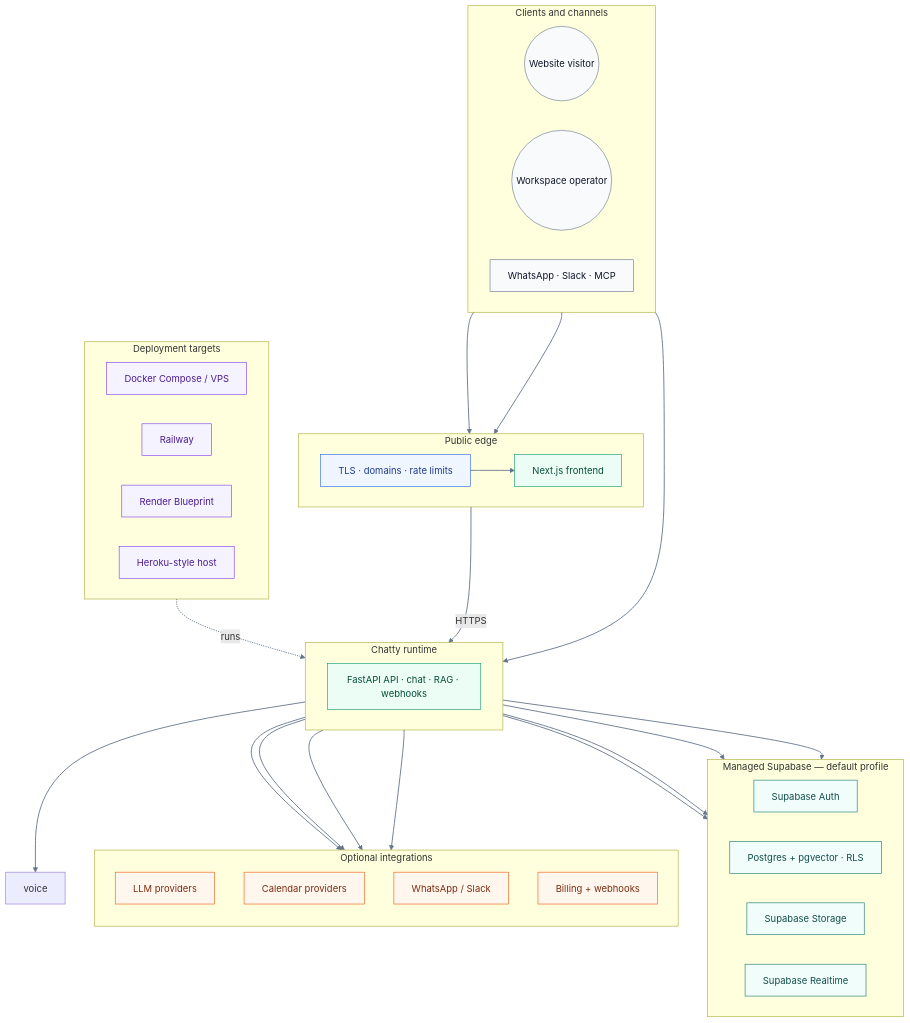
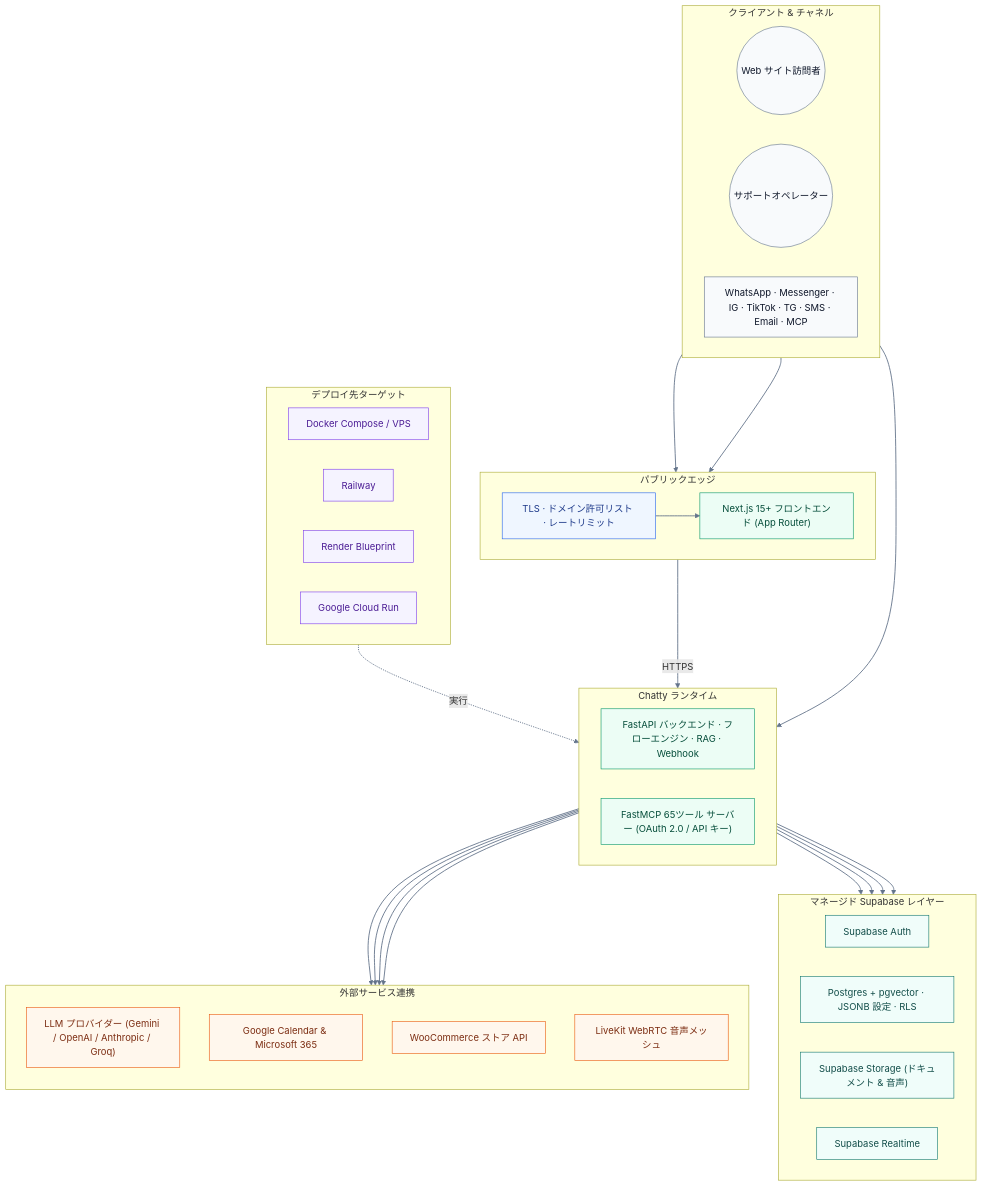
The second of 2 diagrams in README.ja.md (PersonaliAI/chatty), drawn with Mermaid before and after one commit. The commit also changed other lines of this file and 3 other files, not shown here.

Commit message:
docs: fully revise readmes in en, es, ja, zh-cn with 7-channel hub, flow builder, woocommerce, and new diagrams

````diff
--- a/README.ja.md
+++ b/README.ja.md
@@ -115,63 +351,63 @@
 ```mermaid
 flowchart TB
     classDef actor fill:#f8fafc,stroke:#64748b,color:#0f172a
     classDef edge fill:#eff6ff,stroke:#2563eb,color:#1e3a8a
     classDef app fill:#ecfdf5,stroke:#059669,color:#064e3b
     classDef data fill:#f0fdfa,stroke:#0f766e,color:#134e4a
     classDef integration fill:#fff7ed,stroke:#ea580c,color:#7c2d12
     classDef deploy fill:#f5f3ff,stroke:#7c3aed,color:#4c1d95
 
-    subgraph clients["Clients and channels"]
+    subgraph clients["クライアント & チャネル"]
         direction LR
-        visitor(("Website visitor")):::actor
-        operator(("Workspace operator")):::actor
-        channels["WhatsApp · Slack · MCP"]:::actor
+        visitor(("Web サイト訪問者")):::actor
+        operator(("サポートオペレーター")):::actor
+        omni["WhatsApp · Messenger · IG · TikTok · TG · SMS · Email · MCP"]:::actor
     end
-    subgraph edge["Public edge"]
+    subgraph edge["パブリックエッジ"]
         direction LR
-        tls["TLS · domains · rate limits"]:::edge
-        web["Next.js frontend"]:::app
+        tls["TLS · ドメイン許可リスト · レートリミット"]:::edge
+        web["Next.js 15+ フロントエンド (App Router)"]:::app
     end
-    subgraph runtime["Chatty runtime"]
+    subgraph runtime["Chatty ランタイム"]
         direction LR
-        api["FastAPI API · chat · RAG · webhooks"]:::app
+        api["FastAPI バックエンド · フローエンジン · RAG · Webhook"]:::app
+        mcp["FastMCP 65ツール サーバー (OAuth 2.0 / API キー)"]:::app
     end
-    subgraph managed["Managed Supabase — default profile"]
+    subgraph managed["マネージド Supabase レイヤー"]
         direction LR
         auth["Supabase Auth"]:::data
-        postgres["Postgres + pgvector · RLS"]:::data
-        storage["Supabase Storage"]:::data
+        postgres["Postgres + pgvector · JSONB 設定 · RLS"]:::data
+        storage["Supabase Storage (ドキュメント & 音声)"]:::data
         realtime["Supabase Realtime"]:::data
     end
-    subgraph integrations["Optional integrations"]
+    subgraph integrations["外部サービス連携"]
         direction TB
-        llm["LLM providers"]:::integration
-        calendar["Calendar providers"]:::integration
-        channelsApi["WhatsApp / Slack"]:::integration
-        billing["Billing + webhooks"]:::integration
+        llm["LLM プロバイダー (Gemini / OpenAI / Anthropic / Groq)"]:::integration
+        calendar["Google Calendar & Microsoft 365"]:::integration
+        wooCommerce["WooCommerce ストア API"]:::integration
+        voiceLiveKit["LiveKit WebRTC 音声メッシュ"]:::integration
     end
-    subgraph targets["Deployment targets"]
+    subgraph targets["デプロイ先ターゲット"]
         direction LR
         docker["Docker Compose / VPS"]:::deploy
         railway["Railway"]:::deploy
         render["Render Blueprint"]:::deploy
-        heroku["Heroku-style host"]:::deploy
+        cloudrun["Google Cloud Run"]:::deploy
     end
 
     visitor --> tls
     operator --> web
-    channels --> api
+    omni --> api
     tls --> web
     web -->|HTTPS| api
-    api --> voice
     api --> auth
     api --> postgres
     api --> storage
     api --> realtime
     api --> llm
     api --> calendar
-    api --> channelsApi
-    api --> billing
-    targets -. runs .-> runtime
+    api --> wooCommerce
+    api --> voiceLiveKit
+    targets -. 実行 .-> runtime
     linkStyle default stroke:#64748b,stroke-width:1.5px
 ```
````
